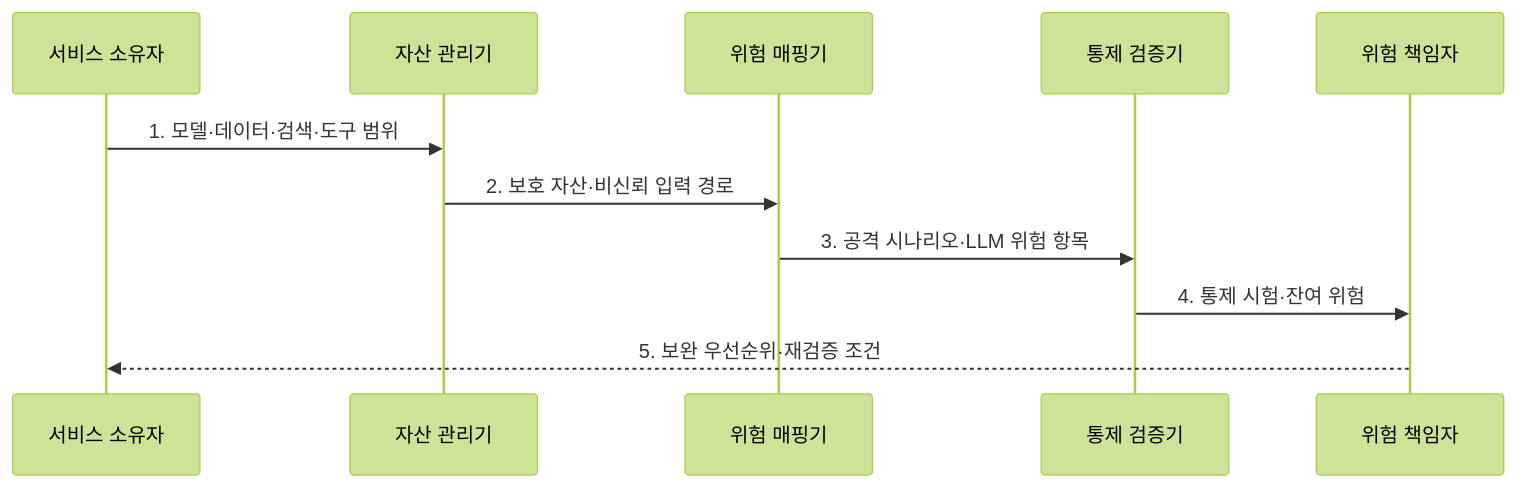
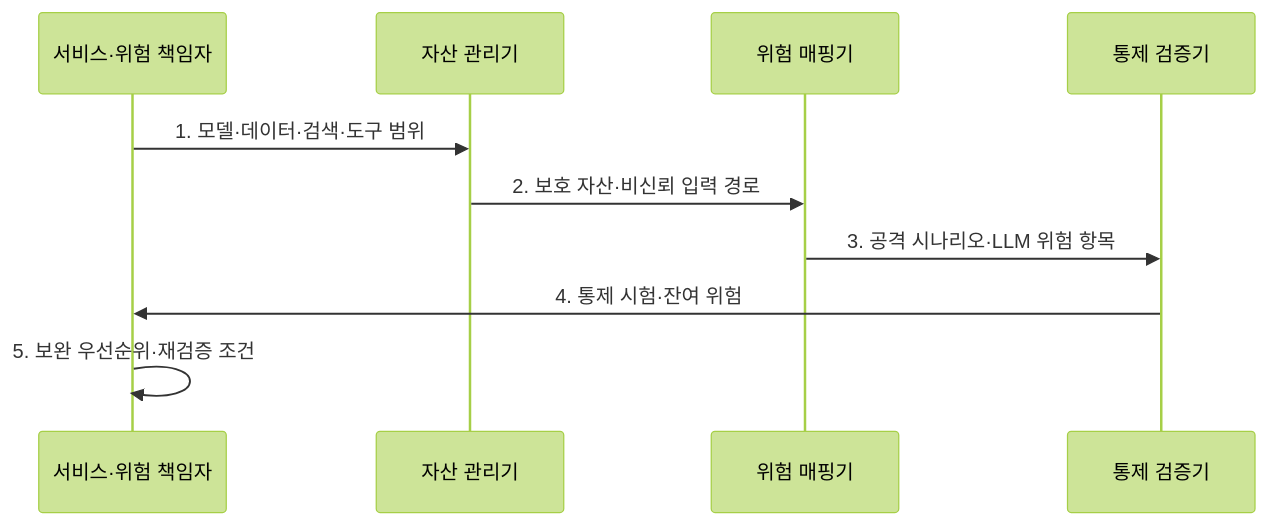
The second of 2 diagrams in src/content/docs/notes/08-latest-tech/125_owasp_llm_top_10.md (agnusdei1207/knowledge-base), drawn with Mermaid (forest theme) before and after one commit. The commit also changed 6 other files, not shown here.

Commit message:
Reduce AI security flow participants

````diff
--- a/src/content/docs/notes/08-latest-tech/125_owasp_llm_top_10.md
+++ b/src/content/docs/notes/08-latest-tech/125_owasp_llm_top_10.md
@@ -104,13 +104,12 @@
 ```mermaid
 sequenceDiagram
-  participant O as 서비스 소유자
+  participant O as 서비스·위험 책임자
   participant A as 자산 관리기
   participant M as 위험 매핑기
   participant T as 통제 검증기
-  participant R as 위험 책임자
   O->>A: 1. 모델·데이터·검색·도구 범위
   A->>M: 2. 보호 자산·비신뢰 입력 경로
   M->>T: 3. 공격 시나리오·LLM 위험 항목
-  T->>R: 4. 통제 시험·잔여 위험
-  R-->>O: 5. 보완 우선순위·재검증 조건
+  T->>O: 4. 통제 시험·잔여 위험
+  O->>O: 5. 보완 우선순위·재검증 조건
 ```
````
